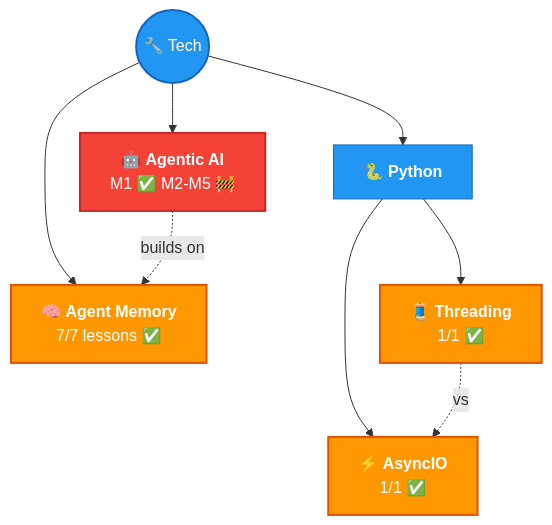
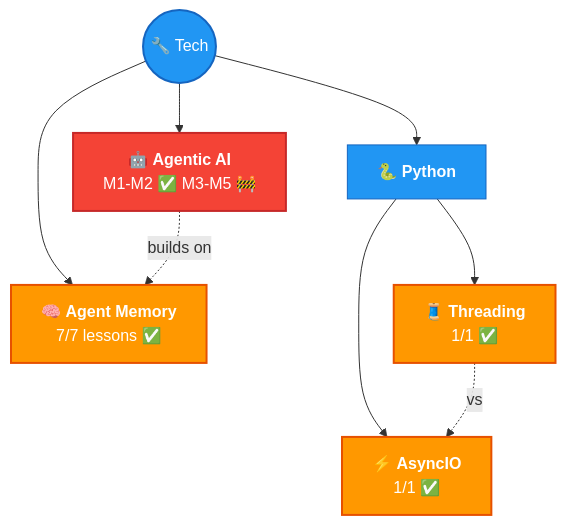
One commit to AyushSonuu/my-memory changed the diagram in tech/README.md. Above: the diagram before and after it, drawn with Mermaid. The commit also changed other lines of this file and 160 other files, not shown here.

````diff
--- a/tech/README.md
+++ b/tech/README.md
@@ -5,18 +5,18 @@
 ```mermaid
 graph TB
     T(("🔧 Tech"))
-    T --> AG["🤖 <b>Agentic AI</b><br/>M1 ✅ M2-M5 🚧"]
+    T --> AG["🤖 <b>Agentic AI</b><br/>M1-M2 ✅ M3-M5 🚧"]
     T --> AM["🧠 <b>Agent Memory</b><br/>7/7 lessons ✅"]
     T --> PY["🐍 <b>Python</b>"]
     PY --> AIO["⚡ <b>AsyncIO</b><br/>1/1 ✅"]
     PY --> THR["🧵 <b>Threading</b><br/>1/1 ✅"]
     AG -.->|"builds on"| AM
     THR -.->|"vs"| AIO
 
     style T fill:#2196f3,color:#fff,stroke:#1565c0,stroke-width:2px
     style AG fill:#f44336,color:#fff,stroke:#c62828,stroke-width:2px
     style AM fill:#ff9800,color:#fff,stroke:#e65100,stroke-width:2px
     style PY fill:#2196f3,color:#fff,stroke:#1565c0
     style AIO fill:#ff9800,color:#fff,stroke:#e65100,stroke-width:2px
     style THR fill:#ff9800,color:#fff,stroke:#e65100,stroke-width:2px
 ```
````
